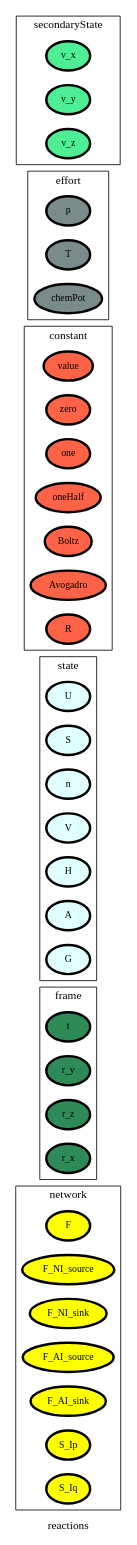
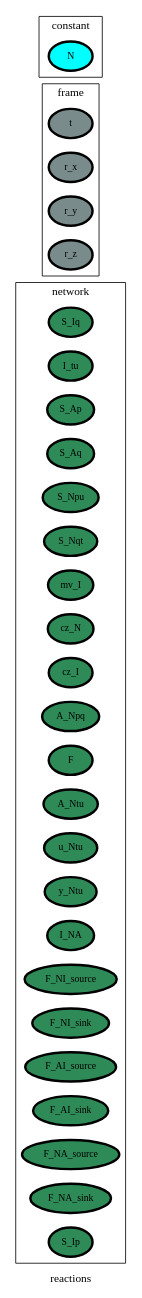
The diagram in ontology_graphs/graph__reactions.dot (heinz-preisig/processes_starter), drawn with Graphviz before and after one commit. The commit also changed 81 other files, not shown here.

```diff
--- a/ontology_graphs/graph__reactions.dot
+++ b/ontology_graphs/graph__reactions.dot
@@ -1,85 +1,76 @@
 digraph reactions {
 label=reactions;
 rankdir=LR;
 subgraph cluster_reactions___network {
 label=network;
 rankdir=LR;
-V_2 [fillcolor=yellow, fontsize=12, label=F, penwidth=3, style=filled];
-V_3 [fillcolor=yellow, fontsize=12, label=F_NI_source, penwidth=3, style=filled];
-V_4 [fillcolor=yellow, fontsize=12, label=F_NI_sink, penwidth=3, style=filled];
-V_5 [fillcolor=yellow, fontsize=12, label=F_AI_source, penwidth=3, style=filled];
-V_6 [fillcolor=yellow, fontsize=12, label=F_AI_sink, penwidth=3, style=filled];
-V_7 [fillcolor=yellow, fontsize=12, label=S_Ip, penwidth=3, style=filled];
-V_8 [fillcolor=yellow, fontsize=12, label=S_Iq, penwidth=3, style=filled];
+V_10 [fillcolor=seagreen, fontsize=12, label=S_Iq, penwidth=3, style=filled];
+V_11 [fillcolor=seagreen, fontsize=12, label=I_tu, penwidth=3, style=filled];
+V_12 [fillcolor=seagreen, fontsize=12, label=S_Ap, penwidth=3, style=filled];
+V_13 [fillcolor=seagreen, fontsize=12, label=S_Aq, penwidth=3, style=filled];
+V_14 [fillcolor=seagreen, fontsize=12, label=S_Npu, penwidth=3, style=filled];
+V_15 [fillcolor=seagreen, fontsize=12, label=S_Nqt, penwidth=3, style=filled];
+V_16 [fillcolor=seagreen, fontsize=12, label=mv_I, penwidth=3, style=filled];
+V_17 [fillcolor=seagreen, fontsize=12, label=cz_N, penwidth=3, style=filled];
+V_18 [fillcolor=seagreen, fontsize=12, label=cz_I, penwidth=3, style=filled];
+V_19 [fillcolor=seagreen, fontsize=12, label=A_Npq, penwidth=3, style=filled];
+V_2 [fillcolor=seagreen, fontsize=12, label=F, penwidth=3, style=filled];
+V_20 [fillcolor=seagreen, fontsize=12, label=A_Ntu, penwidth=3, style=filled];
+V_21 [fillcolor=seagreen, fontsize=12, label=u_Ntu, penwidth=3, style=filled];
+V_22 [fillcolor=seagreen, fontsize=12, label=y_Ntu, penwidth=3, style=filled];
+V_27 [fillcolor=seagreen, fontsize=12, label=I_NA, penwidth=3, style=filled];
+V_3 [fillcolor=seagreen, fontsize=12, label=F_NI_source, penwidth=3, style=filled];
+V_4 [fillcolor=seagreen, fontsize=12, label=F_NI_sink, penwidth=3, style=filled];
+V_5 [fillcolor=seagreen, fontsize=12, label=F_AI_source, penwidth=3, style=filled];
+V_6 [fillcolor=seagreen, fontsize=12, label=F_AI_sink, penwidth=3, style=filled];
+V_7 [fillcolor=seagreen, fontsize=12, label=F_NA_source, penwidth=3, style=filled];
+V_8 [fillcolor=seagreen, fontsize=12, label=F_NA_sink, penwidth=3, style=filled];
+V_9 [fillcolor=seagreen, fontsize=12, label=S_Ip, penwidth=3, style=filled];
 }
 
 subgraph cluster_reactions___differenceOperator {
 label=differenceOperator;
 rankdir=LR;
 }
 
 subgraph cluster_reactions___frame {
 label=frame;
 rankdir=LR;
-V_1 [fillcolor=seagreen4, fontsize=12, label=t, penwidth=3, style=filled];
-V_10 [fillcolor=seagreen4, fontsize=12, label=r_y, penwidth=3, style=filled];
-V_11 [fillcolor=seagreen4, fontsize=12, label=r_z, penwidth=3, style=filled];
-V_9 [fillcolor=seagreen4, fontsize=12, label=r_x, penwidth=3, style=filled];
+V_1 [fillcolor=lightcyan4, fontsize=12, label=t, penwidth=3, style=filled];
+V_23 [fillcolor=lightcyan4, fontsize=12, label=r_x, penwidth=3, style=filled];
+V_24 [fillcolor=lightcyan4, fontsize=12, label=r_y, penwidth=3, style=filled];
+V_25 [fillcolor=lightcyan4, fontsize=12, label=r_z, penwidth=3, style=filled];
 }
 
 subgraph cluster_reactions___state {
 label=state;
 rankdir=LR;
-V_105 [fillcolor=lightcyan, fontsize=12, label=U, penwidth=3, style=filled];
-V_106 [fillcolor=lightcyan, fontsize=12, label=S, penwidth=3, style=filled];
-V_107 [fillcolor=lightcyan, fontsize=12, label=n, penwidth=3, style=filled];
-V_108 [fillcolor=lightcyan, fontsize=12, label=V, penwidth=3, style=filled];
-V_112 [fillcolor=lightcyan, fontsize=12, label=H, penwidth=3, style=filled];
-V_113 [fillcolor=lightcyan, fontsize=12, label=A, penwidth=3, style=filled];
-V_114 [fillcolor=lightcyan, fontsize=12, label=G, penwidth=3, style=filled];
 }
 
 subgraph cluster_reactions___constant {
 label=constant;
 rankdir=LR;
-V_101 [fillcolor=tomato, fontsize=12, label=value, penwidth=3, style=filled];
-V_102 [fillcolor=tomato, fontsize=12, label=zero, penwidth=3, style=filled];
-V_103 [fillcolor=tomato, fontsize=12, label=one, penwidth=3, style=filled];
-V_104 [fillcolor=tomato, fontsize=12, label=oneHalf, penwidth=3, style=filled];
-V_118 [fillcolor=tomato, fontsize=12, label=Boltz, penwidth=3, style=filled];
-V_119 [fillcolor=tomato, fontsize=12, label=Avogadro, penwidth=3, style=filled];
-V_120 [fillcolor=tomato, fontsize=12, label=R, penwidth=3, style=filled];
+V_26 [fillcolor=cyan, fontsize=12, label=N, penwidth=3, style=filled];
 }
 
 subgraph cluster_reactions___effort {
 label=effort;
 rankdir=LR;
-V_109 [fillcolor=lightcyan4, fontsize=12, label=p, penwidth=3, style=filled];
-V_110 [fillcolor=lightcyan4, fontsize=12, label=T, penwidth=3, style=filled];
-V_111 [fillcolor=lightcyan4, fontsize=12, label=chemPot, penwidth=3, style=filled];
 }
 
 subgraph cluster_reactions___secondaryState {
 label=secondaryState;
 rankdir=LR;
-V_115 [fillcolor=seagreen2, fontsize=12, label=v_x, penwidth=3, style=filled];
-V_116 [fillcolor=seagreen2, fontsize=12, label=v_y, penwidth=3, style=filled];
-V_117 [fillcolor=seagreen2, fontsize=12, label=v_z, penwidth=3, style=filled];
 }
 
 subgraph cluster_reactions___diffState {
 label=diffState;
-rankdir=LR;
-}
-
-subgraph cluster_reactions___properties {
-label=properties;
 rankdir=LR;
 }
 
 subgraph cluster_reactions___conversion {
 label=conversion;
 rankdir=LR;
 }
 
 }
```
